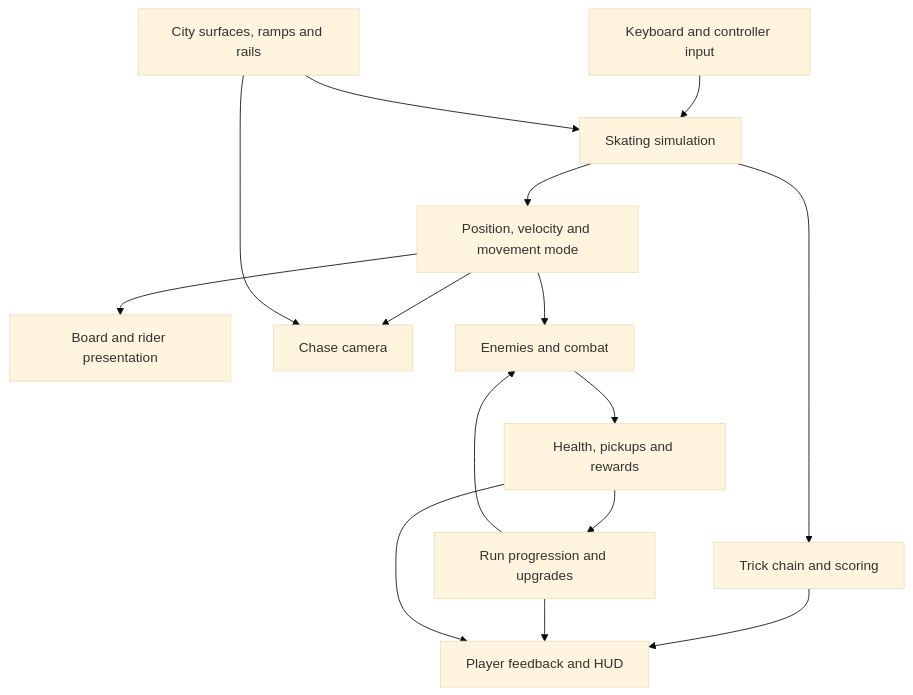
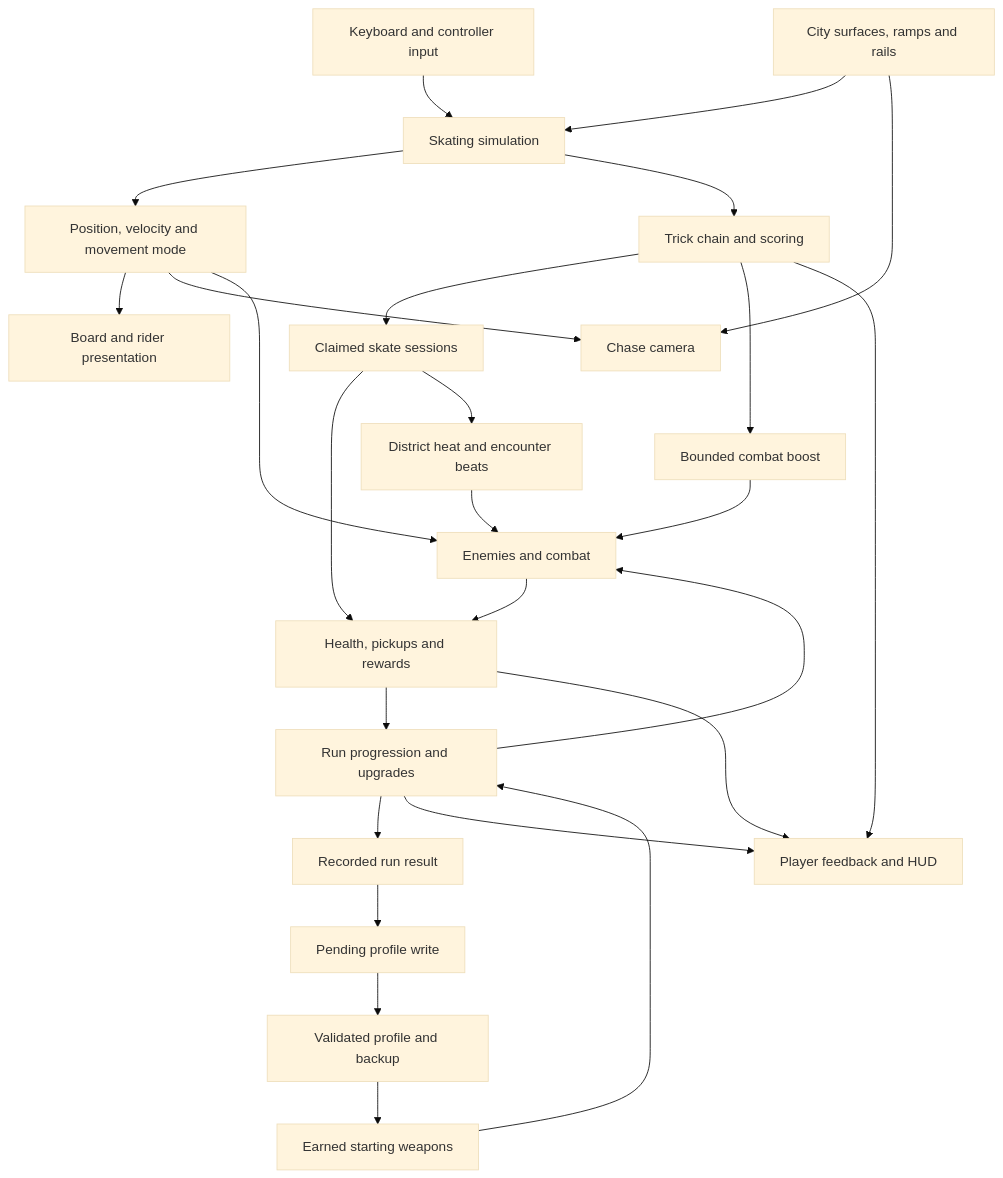
Before and after one commit to whenitisnight/grave-grind-devlog: the diagram in docs/system-map.md, drawn with Mermaid (base theme). The commit also changed other lines of this file and 6 other files, not shown here.

````diff
--- a/docs/system-map.md
+++ b/docs/system-map.md
@@ -5,17 +5,28 @@
 ```mermaid
 flowchart TD
     Input[Keyboard and controller input] --> Skate[Skating simulation]
     City[City surfaces, ramps and rails] --> Skate
     Skate --> State[Position, velocity and movement mode]
     Skate --> Tricks[Trick chain and scoring]
     State --> Rig[Board and rider presentation]
     State --> Camera[Chase camera]
     City --> Camera
     State --> Combat[Enemies and combat]
     Run[Run progression and upgrades] --> Combat
     Combat --> Rewards[Health, pickups and rewards]
     Rewards --> Run
+    Tricks --> Sessions[Claimed skate sessions]
+    Sessions --> Rewards
+    Sessions --> Pressure[District heat and encounter beats]
+    Pressure --> Combat
+    Tricks --> Boost[Bounded combat boost]
+    Boost --> Combat
+    Run --> Result[Recorded run result]
+    Result --> Pending[Pending profile write]
+    Pending --> Profile[Validated profile and backup]
+    Profile --> Garage[Earned starting weapons]
+    Garage --> Run
     Tricks --> HUD[Player feedback and HUD]
     Run --> HUD
     Rewards --> HUD
 ```
````
